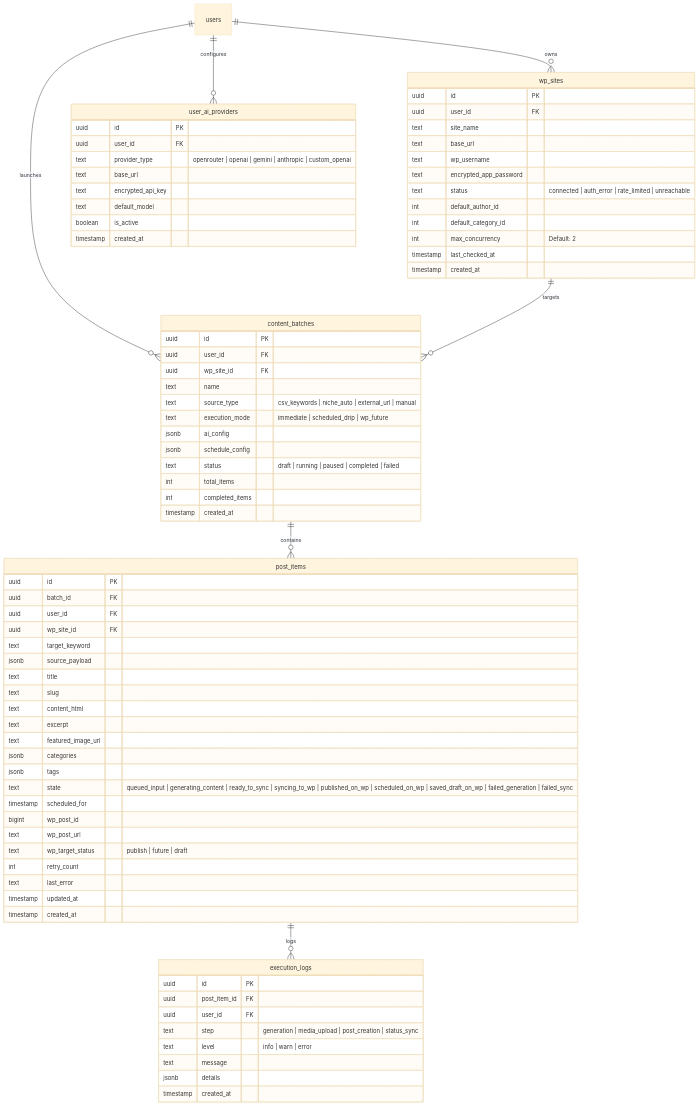
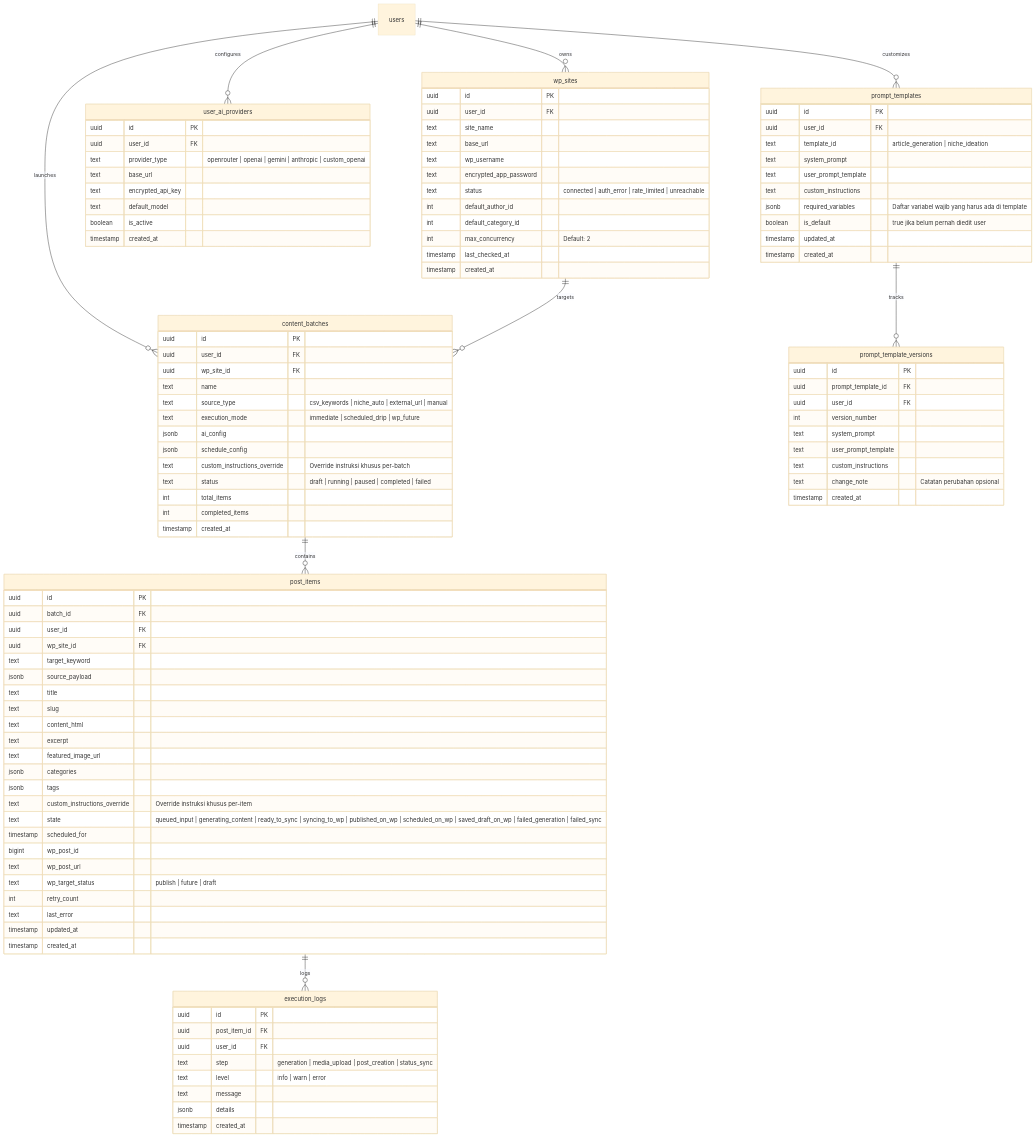
Before and after one commit to erzawansyah/wp-autopost-dashboard: the first of 2 diagrams in ARCHITECTURE.md, drawn with Mermaid (base theme). The commit also changed other lines of this file and 8 other files, not shown here.

Commit message:
feat: initialize Next.js application structure, PRD, and update architecture documentation

```diff
--- a/ARCHITECTURE.md
+++ b/ARCHITECTURE.md
@@ -67,9 +68,11 @@
     users ||--o{ wp_sites : owns
     users ||--o{ user_ai_providers : configures
     users ||--o{ content_batches : launches
+    users ||--o{ prompt_templates : customizes
     wp_sites ||--o{ content_batches : targets
     content_batches ||--o{ post_items : contains
     post_items ||--o{ execution_logs : logs
+    prompt_templates ||--o{ prompt_template_versions : tracks
 
     wp_sites {
         uuid id PK
@@ -97,6 +100,31 @@
         timestamp created_at
     }
 
+    prompt_templates {
+        uuid id PK
+        uuid user_id FK
+        text template_id "article_generation | niche_ideation"
+        text system_prompt
+        text user_prompt_template
+        text custom_instructions
+        jsonb required_variables "Daftar variabel wajib yang harus ada di template"
+        boolean is_default "true jika belum pernah diedit user"
+        timestamp updated_at
+        timestamp created_at
+    }
+
+    prompt_template_versions {
+        uuid id PK
+        uuid prompt_template_id FK
+        uuid user_id FK
+        int version_number
+        text system_prompt
+        text user_prompt_template
+        text custom_instructions
+        text change_note "Catatan perubahan opsional"
+        timestamp created_at
+    }
+
     content_batches {
         uuid id PK
         uuid user_id FK
@@ -106,6 +134,7 @@
         text execution_mode "immediate | scheduled_drip | wp_future"
         jsonb ai_config
         jsonb schedule_config
+        text custom_instructions_override "Override instruksi khusus per-batch"
         text status "draft | running | paused | completed | failed"
         int total_items
         int completed_items
@@ -126,6 +155,7 @@
         text featured_image_url
         jsonb categories
         jsonb tags
+        text custom_instructions_override "Override instruksi khusus per-item"
         text state "queued_input | generating_content | ready_to_sync | syncing_to_wp | published_on_wp | scheduled_on_wp | saved_draft_on_wp | failed_generation | failed_sync"
         timestamp scheduled_for
         bigint wp_post_id
```
